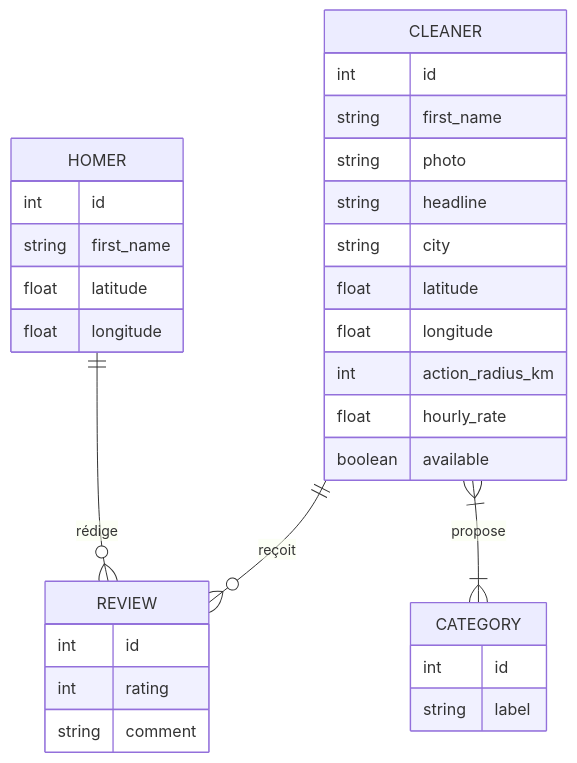
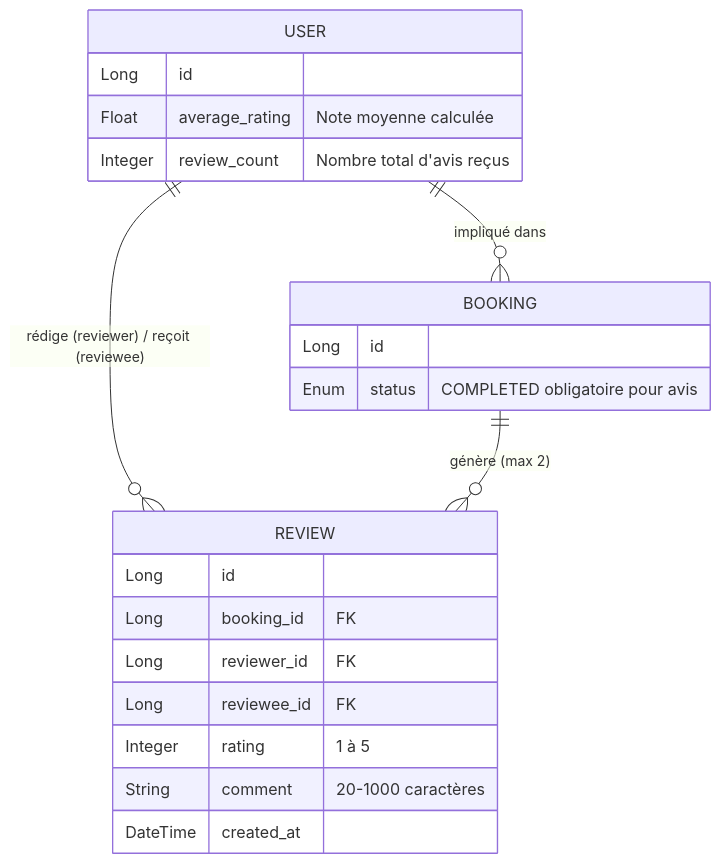
Before and after one commit to Hsaoud/sweethome: the first of 2 diagrams in sweet-home-project/product/specs/spec-feature-auto-cycle-3.md, drawn with Mermaid. The commit also changed other lines of this file and 3 other files, not shown here.

````diff
--- a/sweet-home-project/product/specs/spec-feature-auto-cycle-3.md
+++ b/sweet-home-project/product/specs/spec-feature-auto-cycle-3.md
@@ -8,34 +5,27 @@
 ```mermaid
 erDiagram
-    HOMER {
-        int id
-        string first_name
-        float latitude
-        float longitude
+    USER ||--o{ BOOKING : "impliqué dans"
+    USER ||--o{ REVIEW : "rédige (reviewer) / reçoit (reviewee)"
+    BOOKING ||--o{ REVIEW : "génère (max 2)"
+    
+    USER {
+        Long id
+        Float average_rating "Note moyenne calculée"
+        Integer review_count "Nombre total d'avis reçus"
     }
-    CLEANER {
-        int id
-        string first_name
-        string photo
-        string headline
-        string city
-        float latitude
-        float longitude
-        int action_radius_km
-        float hourly_rate
-        boolean available
+    
+    BOOKING {
+        Long id
+        Enum status "COMPLETED obligatoire pour avis"
     }
-    CATEGORY {
-        int id
-        string label
+    
+    REVIEW {
+        Long id
+        Long booking_id "FK"
+        Long reviewer_id "FK"
+        Long reviewee_id "FK"
+        Integer rating "1 à 5"
+        String comment "20-1000 caractères"
+        DateTime created_at
     }
-    REVIEW {
-        int id
-        int rating
-        string comment
-    }
-
-    CLEANER ||--o{ REVIEW : "reçoit"
-    CLEANER }|--|{ CATEGORY : "propose"
-    HOMER ||--o{ REVIEW : "rédige"
 ```
````
